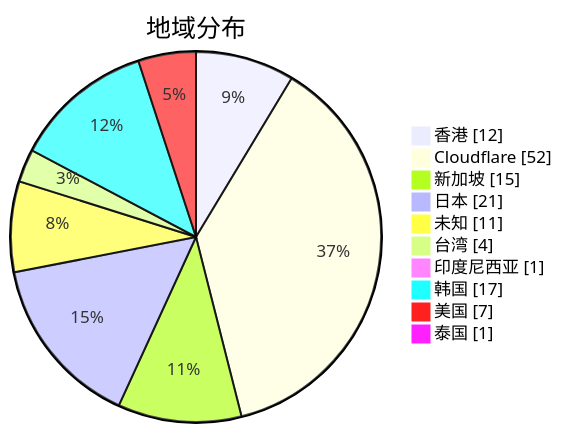
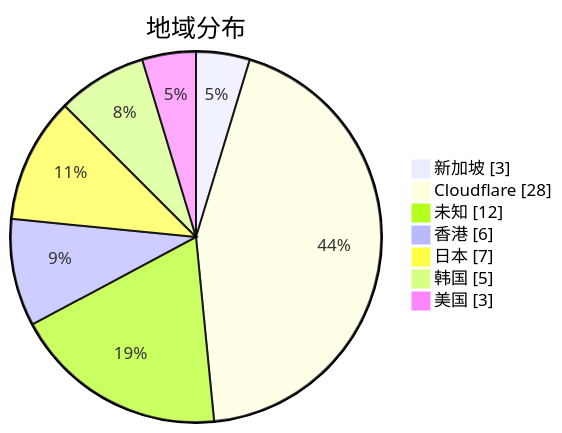
The second of 3 diagrams in subs/statistics/tested_within.md (qjlxg/airport), drawn with Mermaid before and after one commit. The commit also changed other lines of this file and 2 other files, not shown here.

Commit message:
Tested by metaST

````diff
--- a/subs/statistics/tested_within.md
+++ b/subs/statistics/tested_within.md
@@ -11,14 +10,11 @@
 ```mermaid
 pie showData
 title 地域分布
-"香港" : 12
-"Cloudflare" : 52
-"新加坡" : 15
-"日本" : 21
-"未知" : 11
-"台湾" : 4
-"印度尼西亚" : 1
-"韩国" : 17
-"美国" : 7
-"泰国" : 1
+"新加坡" : 3
+"Cloudflare" : 28
+"未知" : 12
+"香港" : 6
+"日本" : 7
+"韩国" : 5
+"美国" : 3
 ```
````
